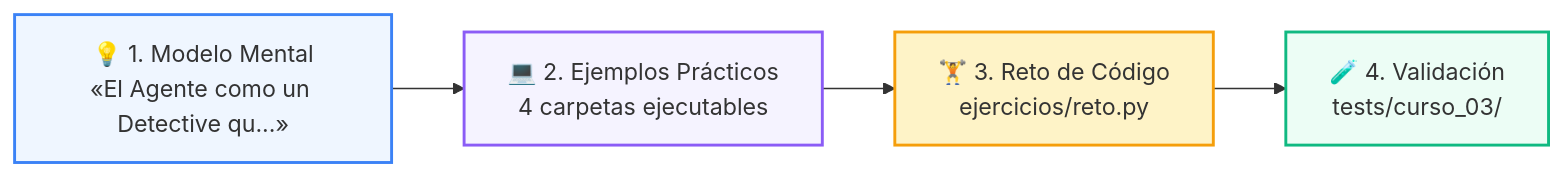
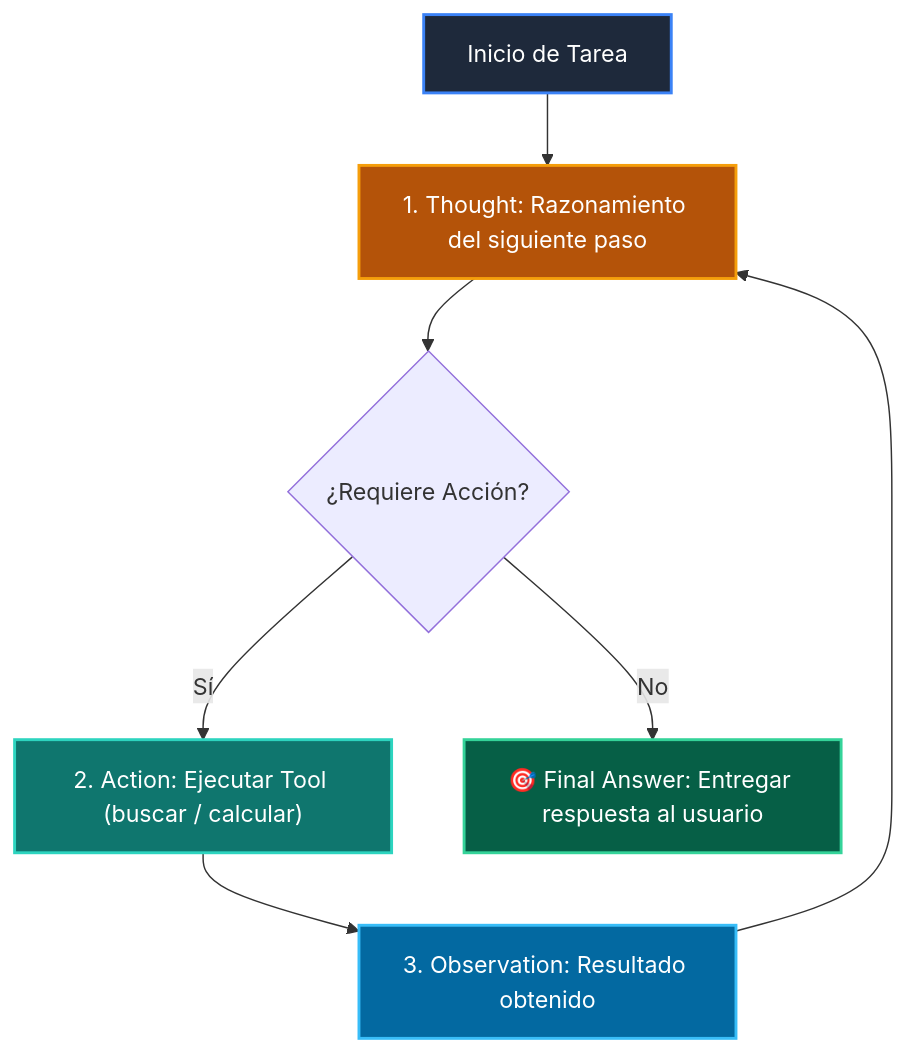
Before and after one commit to wisrovi/wisrovi-python: the diagram in 03-agentes-ia/clase-07-agentes-autonomos-react/README.md, drawn with Mermaid. The commit also changed other lines of this file and 271 other files, not shown here.

Commit message:
docs: rewrite all README.md files with bespoke topic-specific Mermaid diagrams and remove repetitive boilerplate

````diff
--- a/03-agentes-ia/clase-07-agentes-autonomos-react/README.md
+++ b/03-agentes-ia/clase-07-agentes-autonomos-react/README.md
@@ -19,11 +12,15 @@
 ```mermaid
-flowchart LR
-    M["💡 1. Modelo Mental<br/>«El Agente como un Detective qu...»"] --> E["💻 2. Ejemplos Prácticos<br/>4 carpetas ejecutables"]
-    E --> R["🏋️ 3. Reto de Código<br/>ejercicios/reto.py"]
-    R --> T["🧪 4. Validación<br/>tests/curso_03/"]
+flowchart TD
+    START["Inicio de Tarea"] --> THOUGHT["1. Thought: Razonamiento del siguiente paso"]
+    THOUGHT --> ACT{"¿Requiere Acción?"}
+    ACT -->|Sí| ACTION["2. Action: Ejecutar Tool (buscar / calcular)"]
+    ACTION --> OBS["3. Observation: Resultado obtenido"]
+    OBS --> THOUGHT
+    ACT -->|No| FINAL["🎯 Final Answer: Entregar respuesta al usuario"]
 
-    style M fill:#eff6ff,stroke:#3b82f6,stroke-width:2px
-    style E fill:#f5f3ff,stroke:#8b5cf6,stroke-width:2px
-    style R fill:#fef3c7,stroke:#f59e0b,stroke-width:2px
-    style T fill:#ecfdf5,stroke:#10b981,stroke-width:2px
+    style START fill:#1e293b,color:#fff,stroke:#3b82f6,stroke-width:2px
+    style THOUGHT fill:#b45309,color:#fff,stroke:#f59e0b,stroke-width:2px
+    style ACTION fill:#0f766e,color:#fff,stroke:#2dd4bf,stroke-width:2px
+    style OBS fill:#0369a1,color:#fff,stroke:#38bdf8,stroke-width:2px
+    style FINAL fill:#065f46,color:#fff,stroke:#34d399,stroke-width:2px
 ```
````
